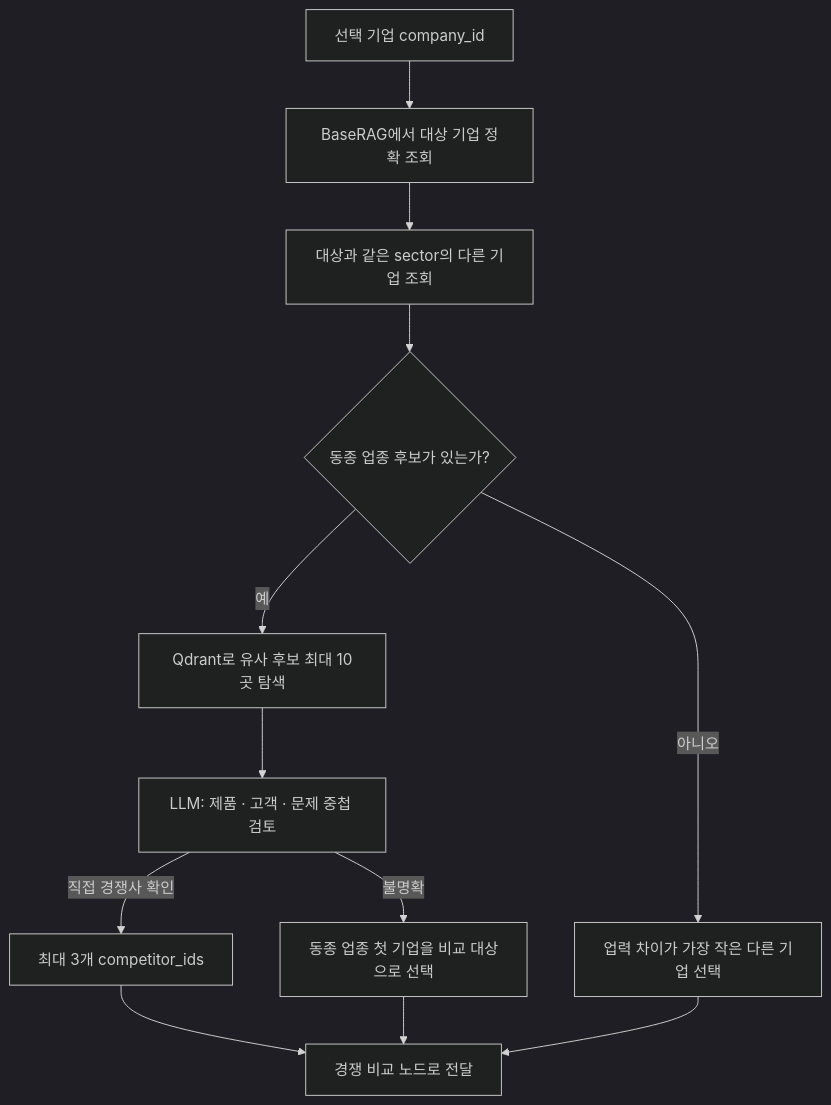
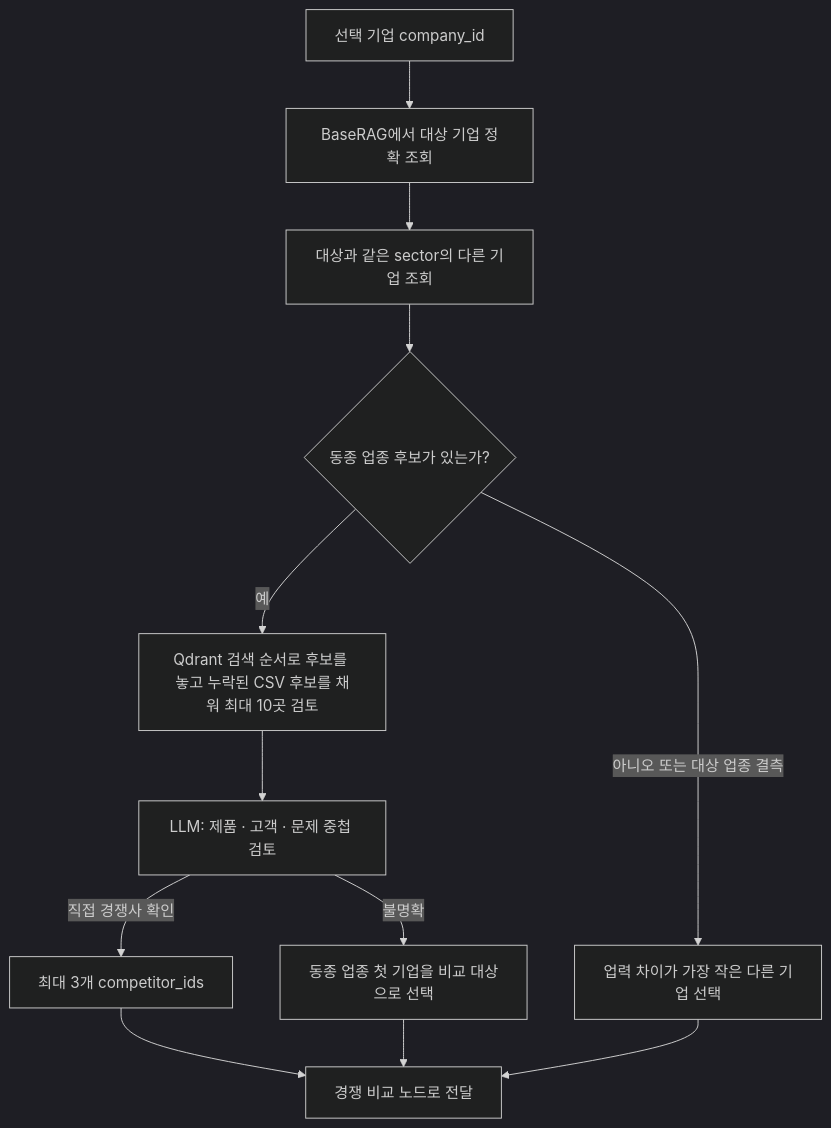
One commit to SKALA-BlackRubberShoes/gicheol changed the second of 9 diagrams in README.md. Above: the diagram before and after it, drawn with Mermaid (dark theme). The commit also changed other lines of this file and 8 other files, not shown here.

````diff
--- a/README.md
+++ b/README.md
@@ -88,14 +88,14 @@
 ```mermaid
 flowchart TD
     A["선택 기업 company_id"] --> B["BaseRAG에서 대상 기업 정확 조회"]
     B --> C["대상과 같은 sector의 다른 기업 조회"]
     C --> D{"동종 업종 후보가 있는가?"}
-    D -->|예| E["Qdrant로 유사 후보 최대 10곳 탐색"]
+    D -->|예| E["Qdrant 검색 순서로 후보를 놓고 누락된 CSV 후보를 채워 최대 10곳 검토"]
     E --> F["LLM: 제품 · 고객 · 문제 중첩 검토"]
     F -->|직접 경쟁사 확인| G["최대 3개 competitor_ids"]
     F -->|불명확| H["동종 업종 첫 기업을 비교 대상으로 선택"]
-    D -->|아니오| I["업력 차이가 가장 작은 다른 기업 선택"]
+    D -->|아니오 또는 대상 업종 결측| I["업력 차이가 가장 작은 다른 기업 선택"]
     G --> J["경쟁 비교 노드로 전달"]
     H --> J
     I --> J
 ```
````
